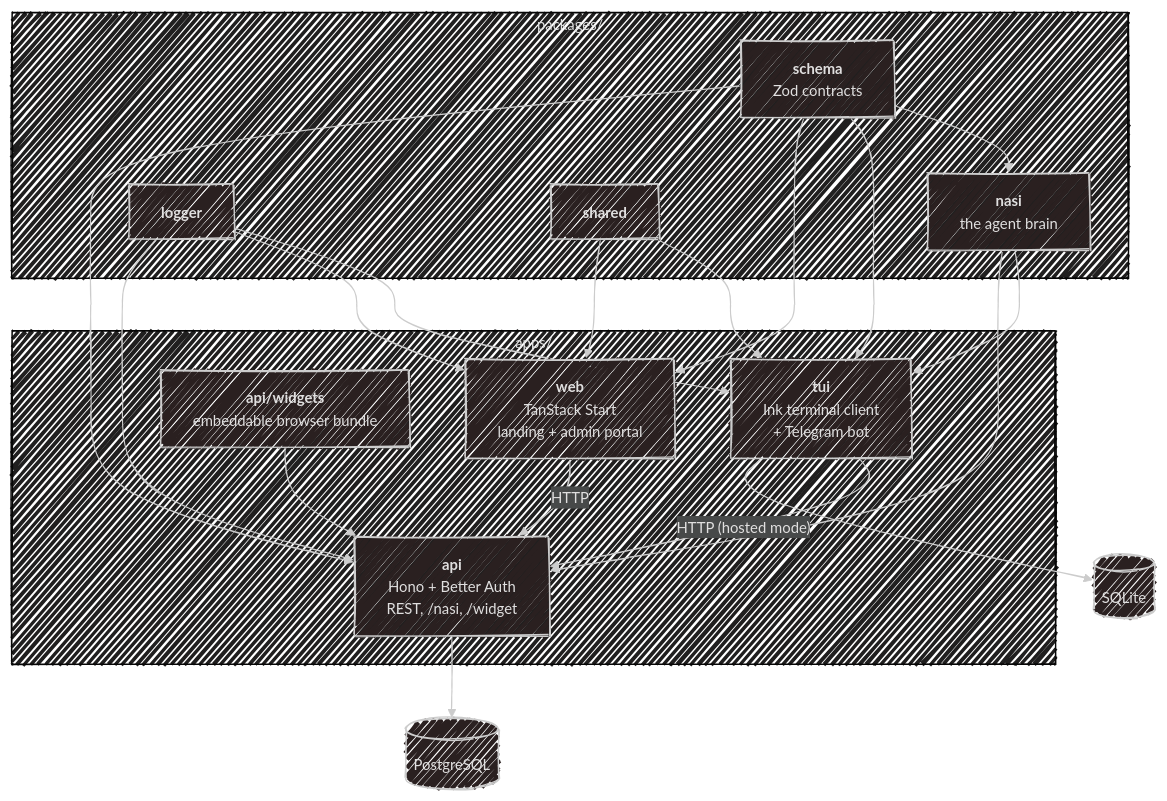
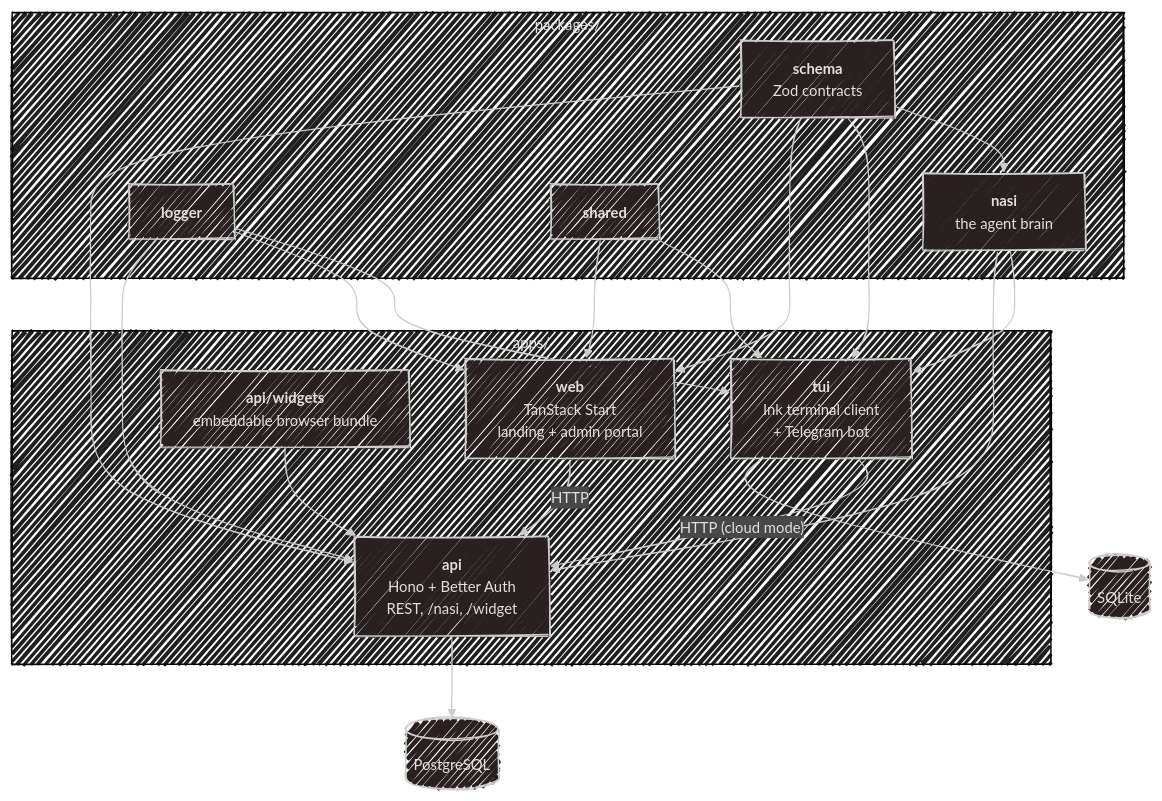
Before and after one commit to SubZtep/kaja: the diagram in docs/development.md, drawn with Mermaid. The commit also changed other lines of this file and 74 other files, not shown here.

````diff
--- a/docs/development.md
+++ b/docs/development.md
@@ -14,39 +14,39 @@
 ```mermaid
 ---
 config:
   look: handDrawn
   theme: neo-dark
 ---
 flowchart TD
     subgraph Apps["apps/"]
         API["<b>api</b><br>Hono + Better Auth<br>REST, /nasi, /widget"]
         WEB["<b>web</b><br>TanStack Start<br>landing + admin portal"]
         TUI["<b>tui</b><br>Ink terminal client<br>+ Telegram bot"]
         WID["<b>api/widgets</b><br>embeddable browser bundle"]
     end
     subgraph Pkgs["packages/"]
         NASI["<b>nasi</b><br>the agent brain"]
         SCH["<b>schema</b><br>Zod contracts"]
         LOG["<b>logger</b>"]
         SHR["<b>shared</b>"]
     end
     DB[("PostgreSQL")]
     SQL[("SQLite")]
 
     NASI --> API
     NASI --> TUI
     SCH --> API
     SCH --> WEB
     SCH --> TUI
     SCH --> NASI
     LOG --> API
     LOG --> WEB
     LOG --> TUI
     SHR --> WEB
     SHR --> TUI
     WID --> API
     API --> DB
     TUI --> SQL
     WEB -->|HTTP| API
-    TUI -->|"HTTP (hosted mode)"| API
+    TUI -->|"HTTP (cloud mode)"| API
 ```
````
